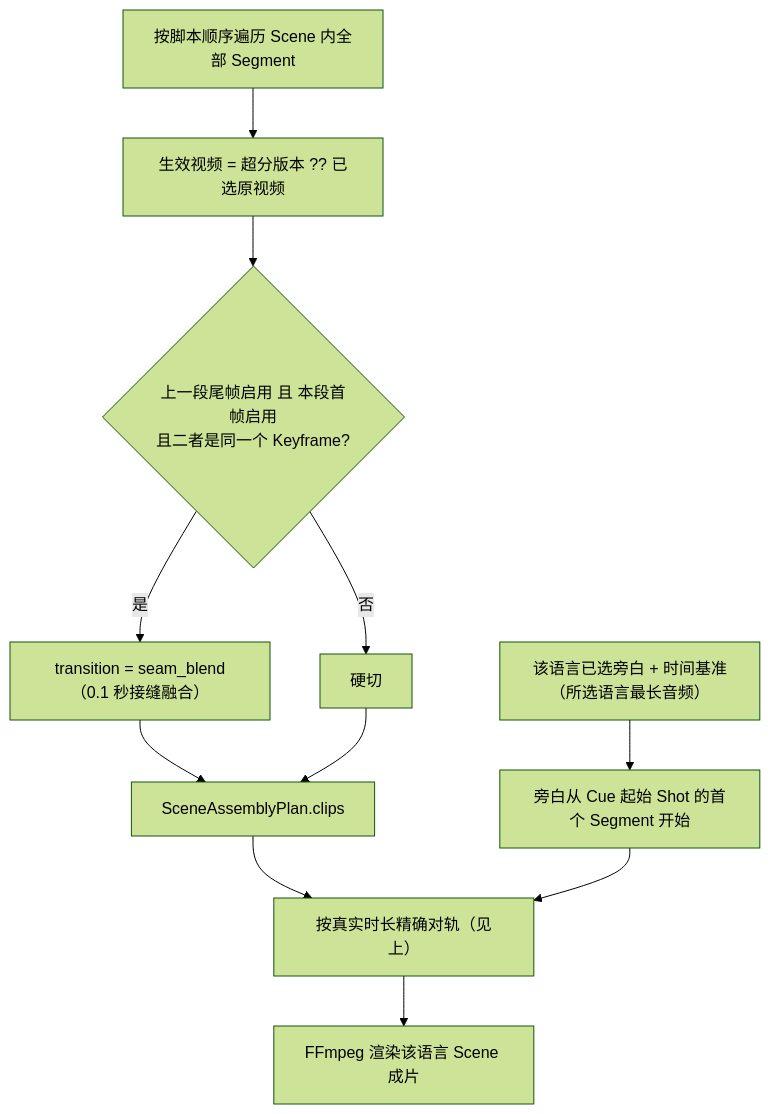
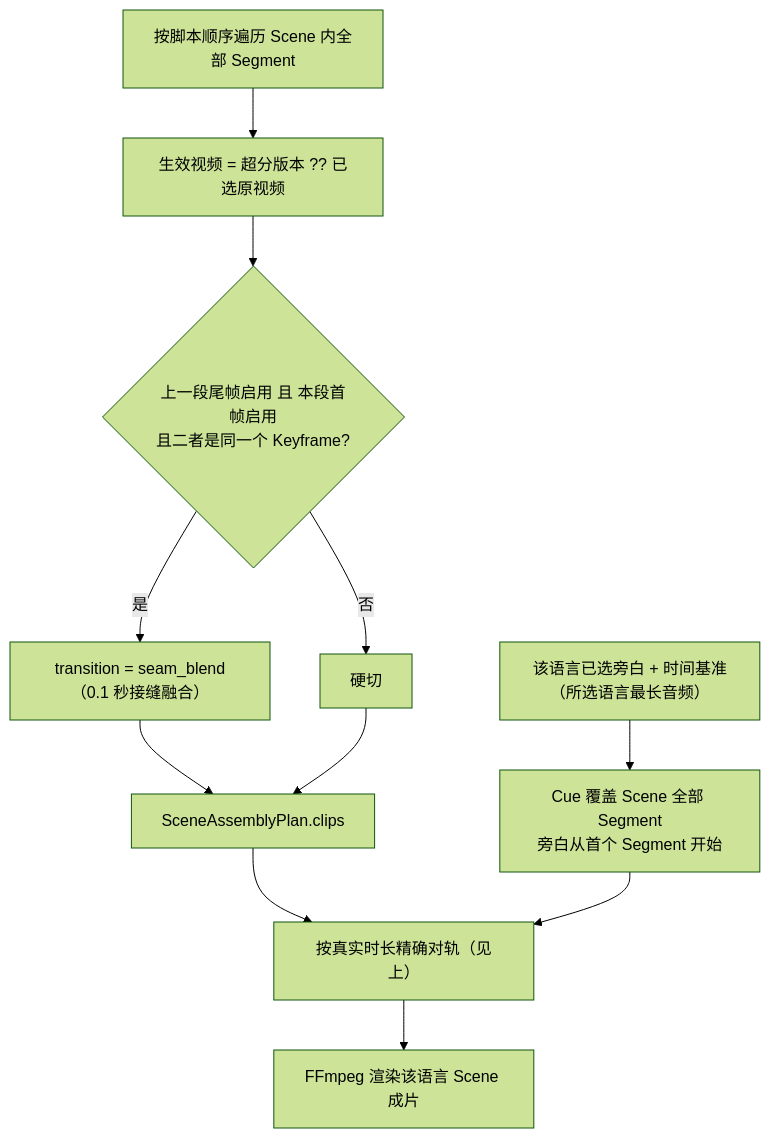
One commit to LJXLJXLJX/StoryRail changed the sixth of 9 diagrams in docs/data-flow.md. Above: the diagram before and after it, drawn with Mermaid (forest theme). The commit also changed other lines of this file and 21 other files, not shown here.

````diff
--- a/docs/data-flow.md
+++ b/docs/data-flow.md
@@ -190,11 +193,11 @@
 ```mermaid
 flowchart TB
     segs[按脚本顺序遍历 Scene 内全部 Segment] --> eff[生效视频 = 超分版本 ?? 已选原视频]
     eff --> trans{上一段尾帧启用 且 本段首帧启用<br/>且二者是同一个 Keyframe?}
     trans -- 是 --> blend[transition = seam_blend（0.1 秒接缝融合）]
     trans -- 否 --> cut[硬切]
     blend & cut --> clips[SceneAssemblyPlan.clips]
-    cue[该语言已选旁白 + 时间基准（所选语言最长音频）] --> place[旁白从 Cue 起始 Shot 的首个 Segment 开始]
+    cue[该语言已选旁白 + 时间基准（所选语言最长音频）] --> place[Cue 覆盖 Scene 全部 Segment<br/>旁白从首个 Segment 开始]
     clips & place --> align[按真实时长精确对轨（见上）]
     align --> render[FFmpeg 渲染该语言 Scene 成片]
 ```
````
